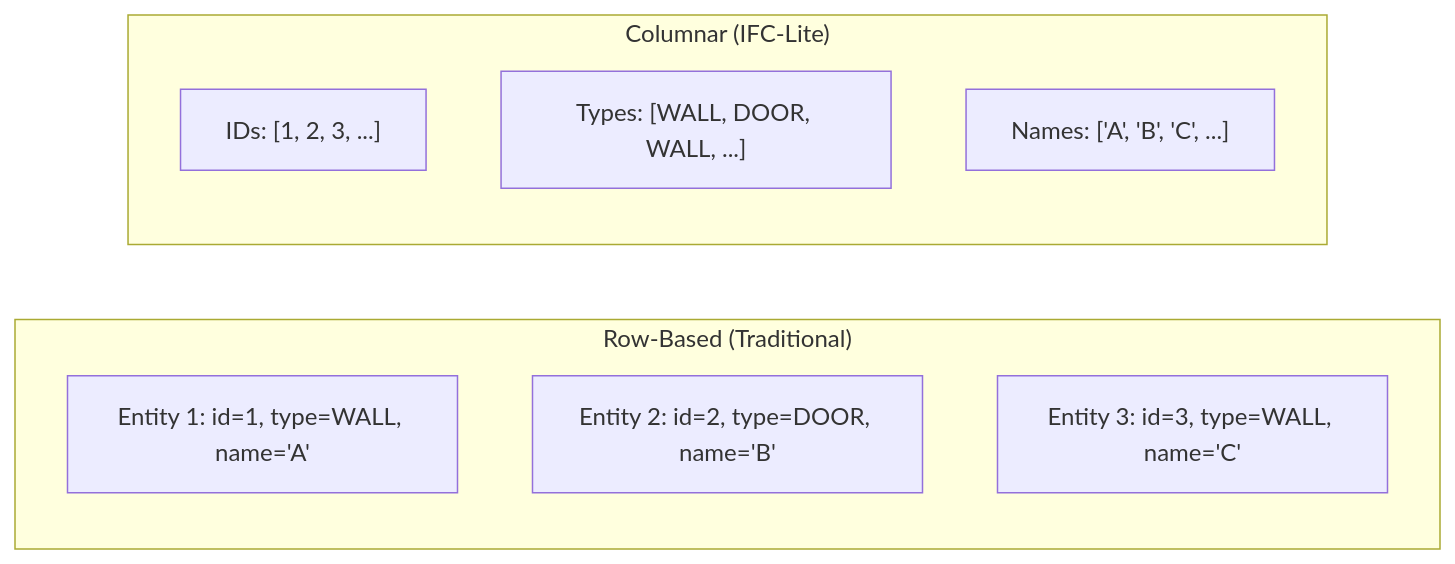
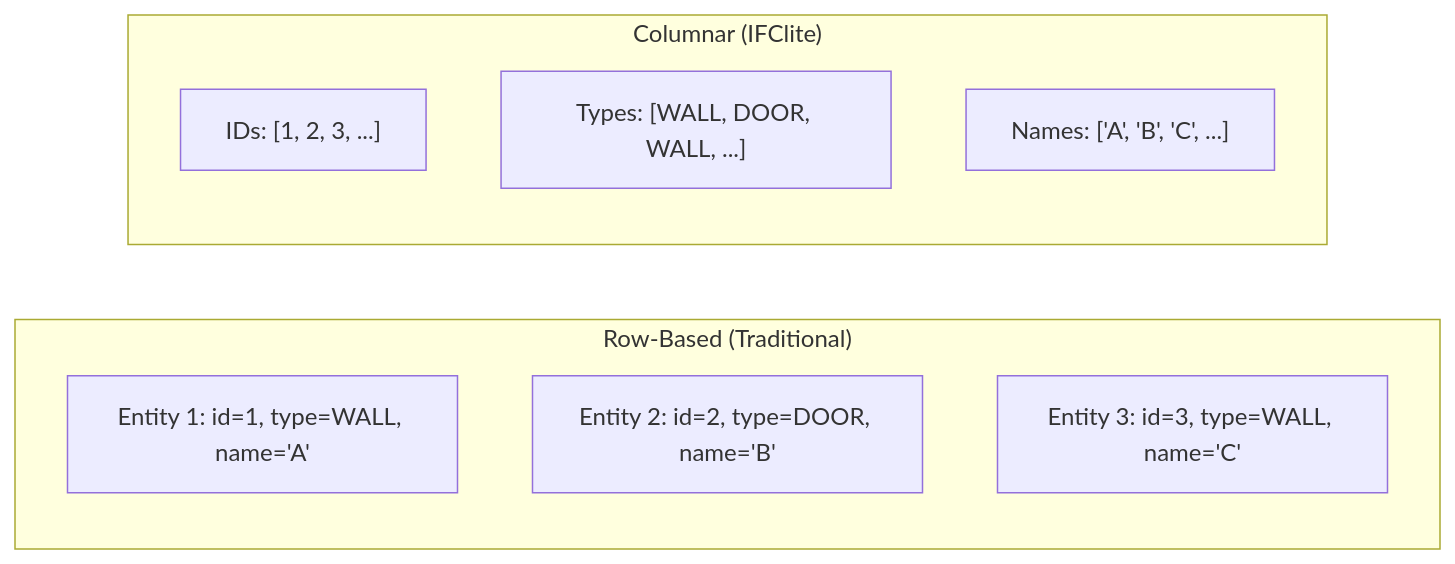
Before and after one commit to louistrue/ifc-lite: the fourth of 11 diagrams in docs/architecture/overview.md, drawn with Mermaid. The commit also changed other lines of this file and 47 other files, not shown here.

````diff
--- a/docs/architecture/overview.md
+++ b/docs/architecture/overview.md
@@ -109,14 +109,14 @@
 ```mermaid
 graph LR
     subgraph RowBased["Row-Based (Traditional)"]
         R1["Entity 1: id=1, type=WALL, name='A'"]
         R2["Entity 2: id=2, type=DOOR, name='B'"]
         R3["Entity 3: id=3, type=WALL, name='C'"]
     end
 
-    subgraph Columnar["Columnar (IFC-Lite)"]
+    subgraph Columnar["Columnar (IFClite)"]
         C1["IDs: [1, 2, 3, ...]"]
         C2["Types: [WALL, DOOR, WALL, ...]"]
         C3["Names: ['A', 'B', 'C', ...]"]
     end
 ```
````
